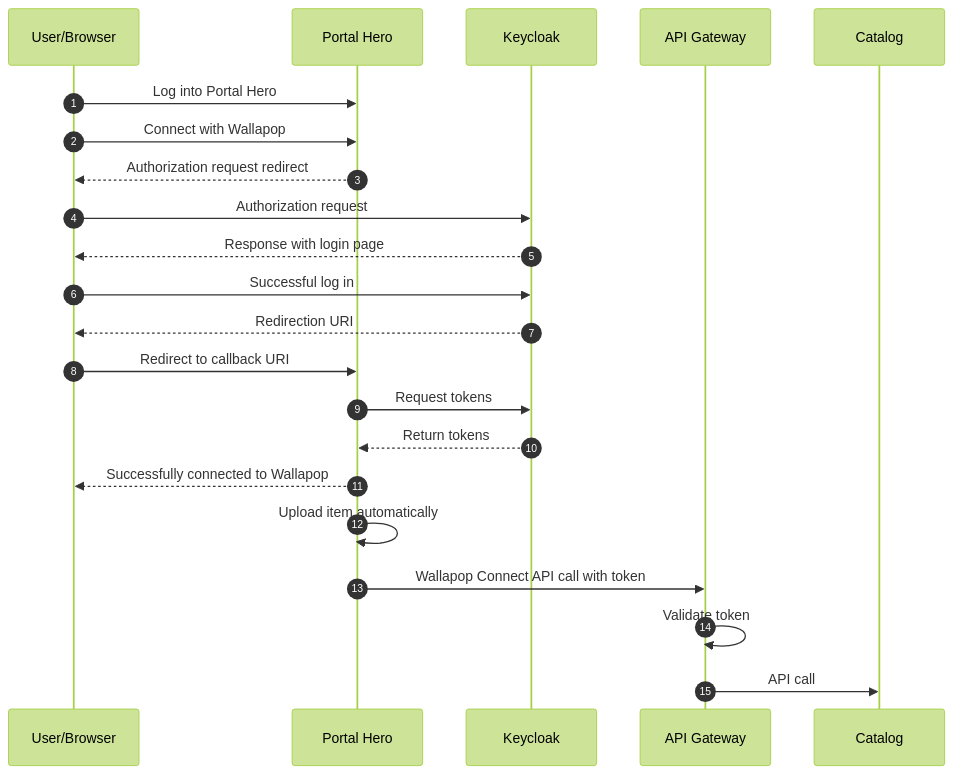
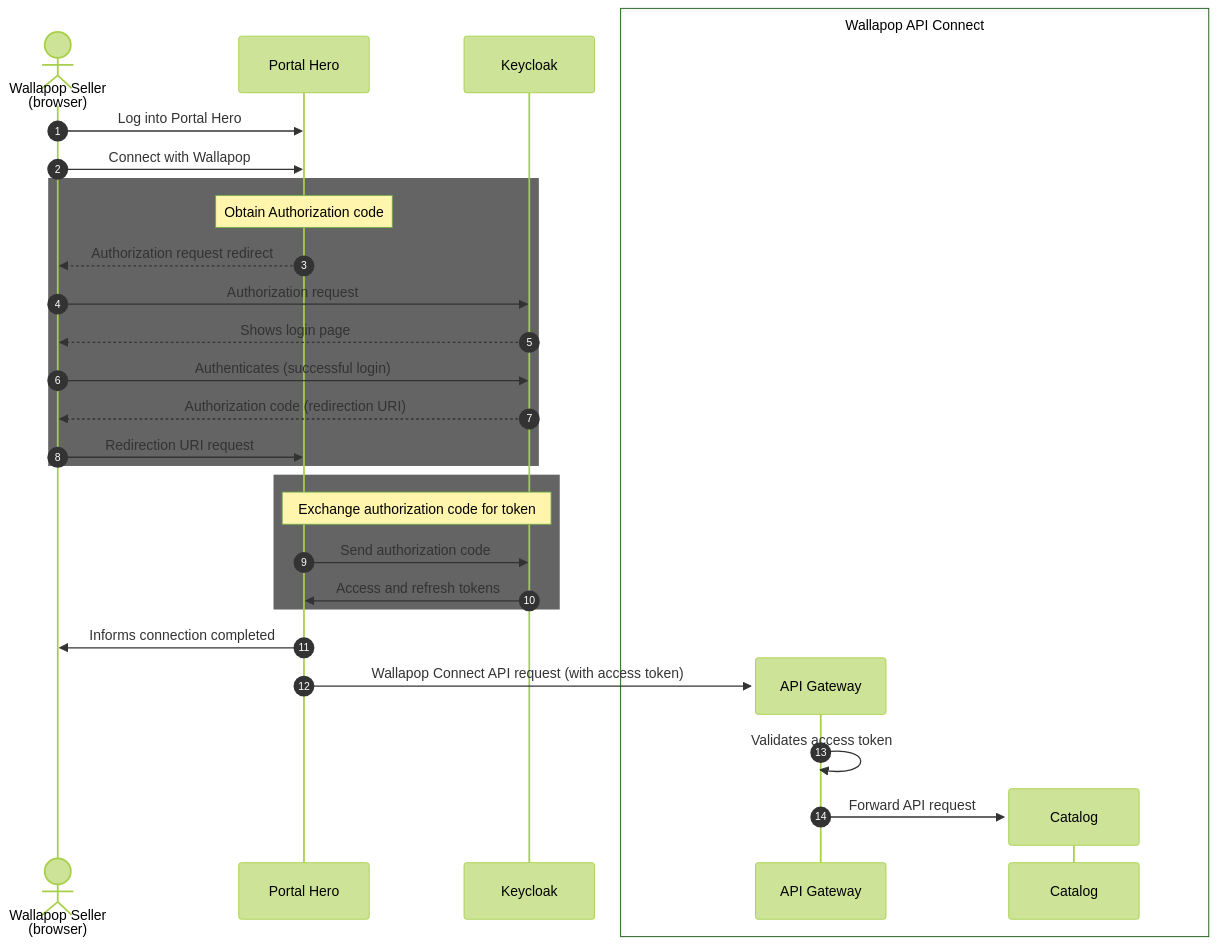
The diagram in README.md (rominaangeloni/nd035-c4-Security-and-DevOps), drawn with Mermaid (forest theme) before and after one commit. The commit also changed other lines of this file, not shown here.

Commit message:
improve authorization flow
I've given it some love
Better naming, sections, groups and notes

````diff
--- a/README.md
+++ b/README.md
@@ -34,25 +34,35 @@
 ```mermaid
 sequenceDiagram
     autonumber
-    participant U as User/Browser
+   actor Seller as Wallapop Seller<br/>(browser)
     participant PH as Portal Hero
-    participant K as Keycloak
-    participant AG as API Gateway
-    participant C as Catalog
+   participant IdP as Keycloak
+   Seller ->> PH: Log into Portal Hero
+   Seller ->> PH: Connect with Wallapop
+   rect rgb(100,100,100)
+      Note over PH: Obtain Authorization code
+      PH -->> Seller: Authorization request redirect
+      Seller ->> IdP: Authorization request
+      IdP -->> Seller: Shows login page
+      Seller ->> IdP: Authenticates (successful login)
+      IdP -->> Seller: Authorization code (redirection URI)
+      Seller ->> PH: Redirection URI request
+   end
+   rect rgb(100,100,100)
+      Note over PH, IdP: Exchange authorization code for token
+      PH ->> IdP: Send authorization code
+      IdP ->> PH: Access and refresh tokens
+   end
+   PH ->> Seller: Informs connection completed
+   create participant ApiGW as API Gateway
+   PH ->> ApiGW: Wallapop Connect API request (with access token)
+   ApiGW ->> ApiGW: Validates access token
+   create participant C as Catalog
+   ApiGW ->> C: Forward API request
 
-    U->>PH: Log into Portal Hero
-    U->>PH: Connect with Wallapop
-    PH-->>U: Authorization request redirect
-    U->>K: Authorization request
-    K-->>U: Response with login page
-    U->>K: Successful log in
-    K-->>U: Redirection URI
-    U->>PH: Redirect to callback URI
-    PH->>K: Request tokens
-    K-->>PH: Return tokens
-    PH-->>U: Successfully connected to Wallapop
-    PH->>PH: Upload item automatically
-    PH->>AG: Wallapop Connect API call with token
-    AG->>AG: Validate token
-    AG->>C: API call
+   box Wallapop API Connect
+      participant ApiGW
+      participant C
+   end
+
 ```
````
